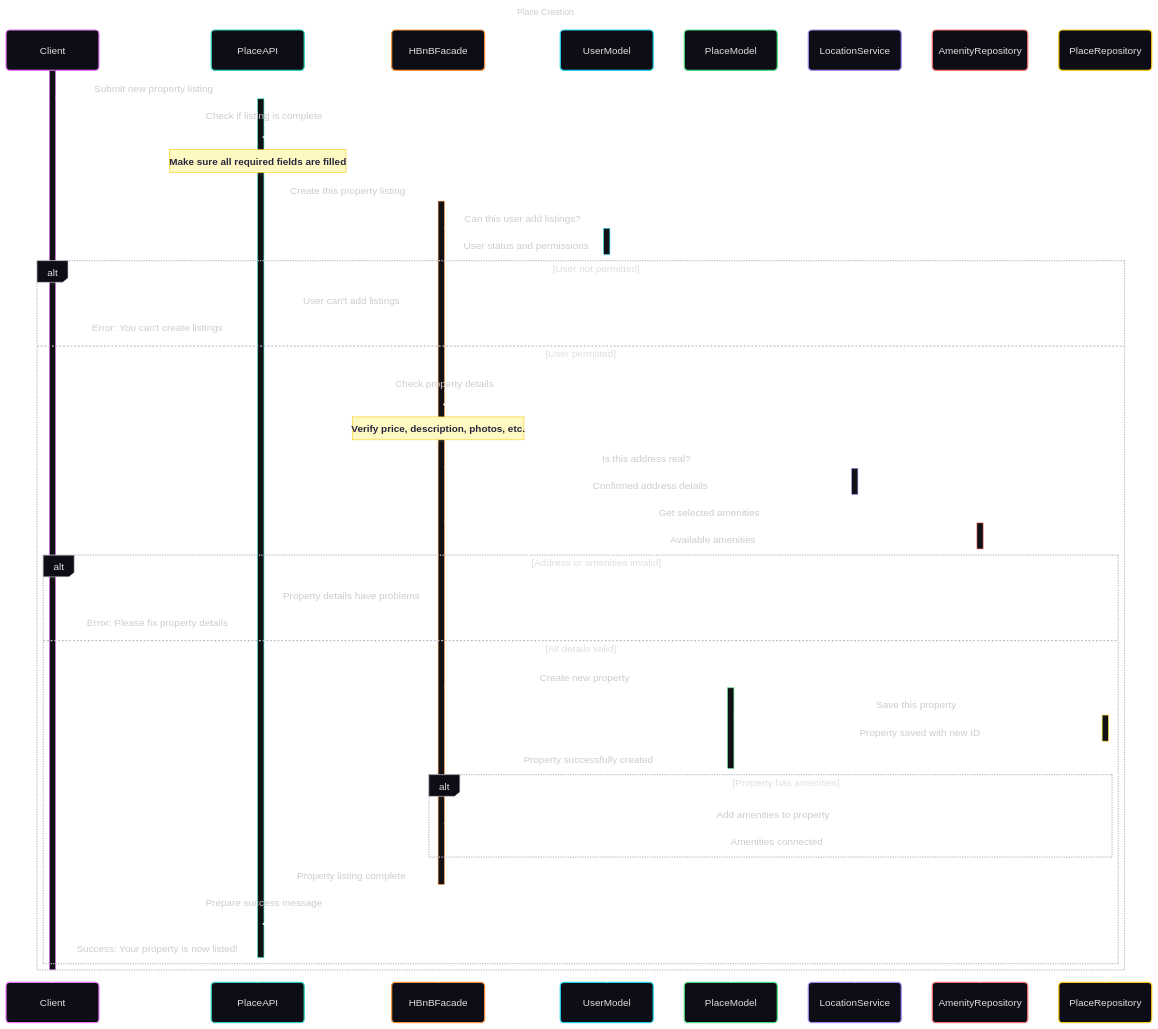
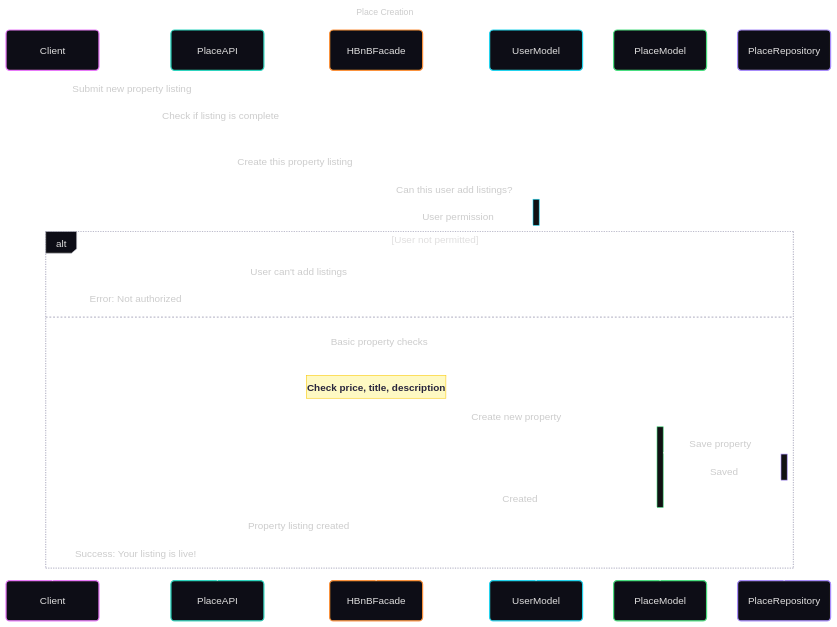
The fourth of 6 diagrams in README.md (Steph974-Git/holbertonschool-hbnb), drawn with Mermaid before and after one commit. The commit also changed other lines of this file and 6 other files, not shown here.

````diff
--- a/README.md
+++ b/README.md
@@ -389,55 +389,39 @@
 ```mermaid
 ---
 config:
   theme: redux-dark-color
   look: neo
 title : Place Creation
 ---
+
 sequenceDiagram
     participant Client
     participant PlaceAPI
     participant HBnBFacade
     participant UserModel
     participant PlaceModel
-    participant LocationService
-    participant AmenityRepository
     participant PlaceRepository
-    
-    activate Client
+
     Client->>+PlaceAPI: Submit new property listing
-    activate PlaceAPI
     PlaceAPI->>PlaceAPI: Check if listing is complete
-    Note over PlaceAPI: Make sure all required fields are filled
     PlaceAPI->>+HBnBFacade: Create this property listing
-    activate HBnBFacade
+
     HBnBFacade->>+UserModel: Can this user add listings?
-    UserModel-->>-HBnBFacade: User status and permissions
+    UserModel-->>-HBnBFacade: User permission
+
     alt User not permitted
         HBnBFacade-->>PlaceAPI: User can't add listings
-        PlaceAPI-->>Client: Error: You can't create listings
-    else User permitted
-        HBnBFacade->>HBnBFacade: Check property details
-        Note over HBnBFacade: Verify price, description, photos, etc.
-        HBnBFacade->>+LocationService: Is this address real?
-        LocationService-->>-HBnBFacade: Confirmed address details
-        HBnBFacade->>+AmenityRepository: Get selected amenities
-        AmenityRepository-->>-HBnBFacade: Available amenities
-        alt Address or amenities invalid
-            HBnBFacade-->>PlaceAPI: Property details have problems
-            PlaceAPI-->>Client: Error: Please fix property details
-        else All details valid
-            HBnBFacade->>+PlaceModel: Create new property
-            PlaceModel->>+PlaceRepository: Save this property
-            PlaceRepository-->>-PlaceModel: Property saved with new ID
-            PlaceModel-->>-HBnBFacade: Property successfully created
-            alt Property has amenities
-                HBnBFacade->>PlaceRepository: Add amenities to property
-                PlaceRepository-->>HBnBFacade: Amenities connected
-            end
-            HBnBFacade-->>-PlaceAPI: Property listing complete
-            PlaceAPI->>PlaceAPI: Prepare success message
-            PlaceAPI-->>-Client: Success: Your property is now listed!
-        end
+        PlaceAPI-->>Client: Error: Not authorized
+    else
+        HBnBFacade->>HBnBFacade: Basic property checks
+        Note over HBnBFacade: Check price, title, description
+
+        HBnBFacade->>+PlaceModel: Create new property
+        PlaceModel->>+PlaceRepository: Save property
+        PlaceRepository-->>-PlaceModel: Saved
+        PlaceModel-->>-HBnBFacade: Created
+        
+        HBnBFacade-->>PlaceAPI: Property listing created
+        PlaceAPI-->>Client: Success: Your listing is live!
     end
-    deactivate Client
 ```
````
